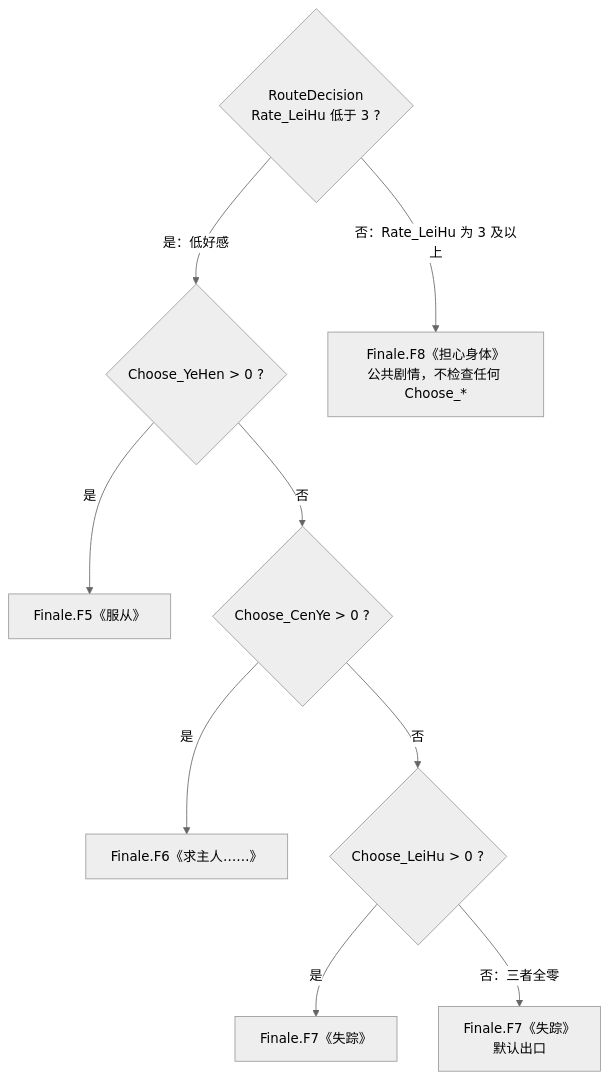
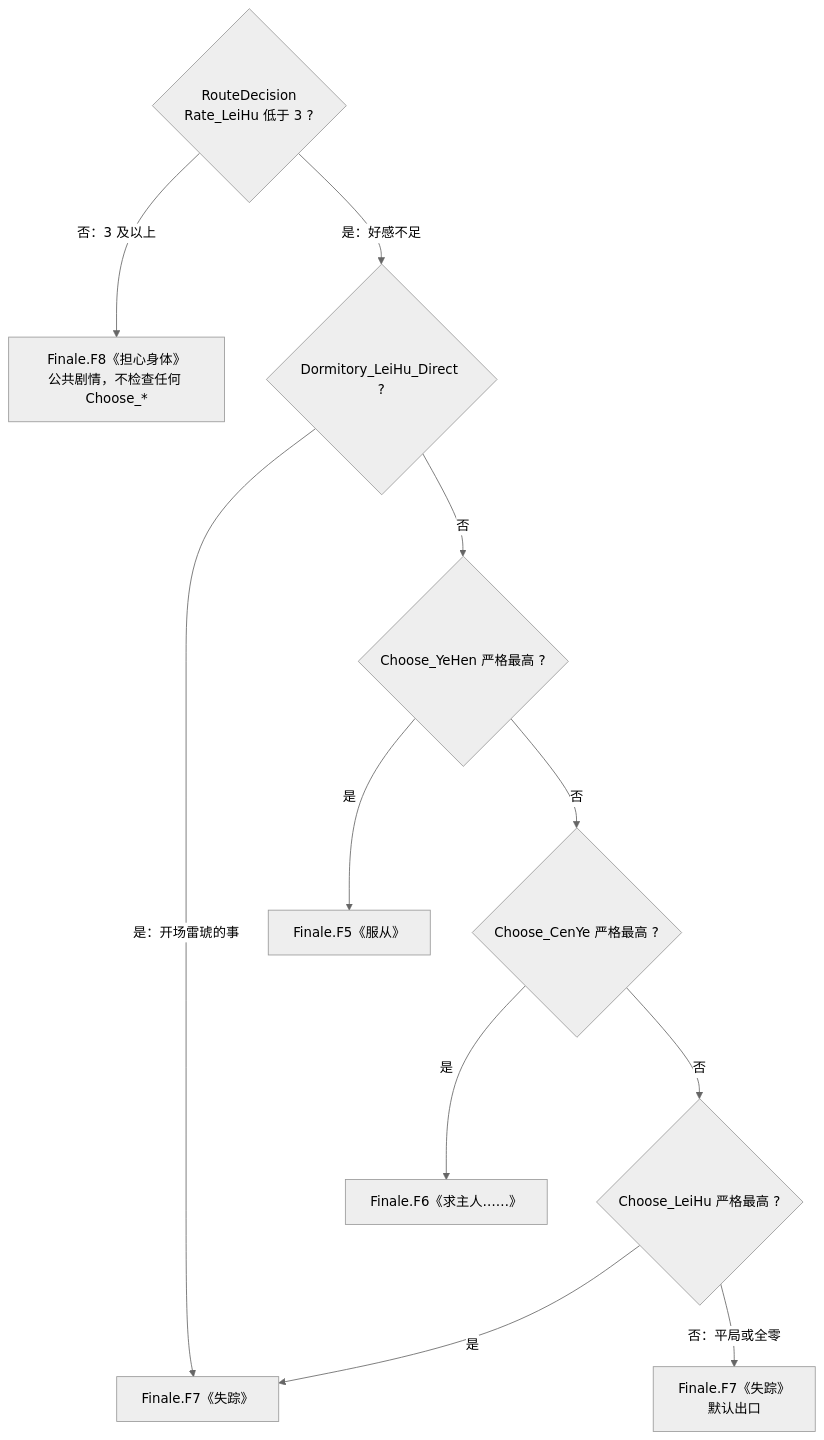
One commit to Project-Kurokawa-Logistics/kurokawa-logistics changed the fourth of 6 diagrams in Ink Projects/圣诞大攻略：雷琥/__Docs/STORY_FLOW_AND_ENDINGS.md. Above: the diagram before and after it, drawn with Mermaid (neutral theme). The commit also changed other lines of this file and 25 other files, not shown here.

````diff
--- a/Ink Projects/圣诞大攻略：雷琥/__Docs/STORY_FLOW_AND_ENDINGS.md
+++ b/Ink Projects/圣诞大攻略：雷琥/__Docs/STORY_FLOW_AND_ENDINGS.md
@@ -135,12 +138,14 @@
 ```mermaid
 flowchart TD
     RD{"RouteDecision<br/>Rate_LeiHu 低于 3 ?"}
-    RD -->|"是：低好感"| Y{"Choose_YeHen > 0 ?"}
+    RD -->|"否：3 及以上"| F8["Finale.F8《担心身体》<br/>公共剧情，不检查任何 Choose_*"]
+    RD -->|"是：好感不足"| DR{"Dormitory_LeiHu_Direct ?"}
+    DR -->|"是：开场雷琥的事"| F7["Finale.F7《失踪》"]
+    DR -->|"否"| Y{"Choose_YeHen 严格最高 ?"}
     Y -->|"是"| F5["Finale.F5《服从》"]
-    Y -->|"否"| C{"Choose_CenYe > 0 ?"}
+    Y -->|"否"| C{"Choose_CenYe 严格最高 ?"}
     C -->|"是"| F6["Finale.F6《求主人……》"]
-    C -->|"否"| L{"Choose_LeiHu > 0 ?"}
-    L -->|"是"| F7["Finale.F7《失踪》"]
-    L -->|"否：三者全零"| F7D["Finale.F7《失踪》<br/>默认出口"]
-    RD -->|"否：Rate_LeiHu 为 3 及以上"| F8["Finale.F8《担心身体》<br/>公共剧情，不检查任何 Choose_*"]
+    C -->|"否"| L{"Choose_LeiHu 严格最高 ?"}
+    L -->|"是"| F7
+    L -->|"否：平局或全零"| F7D["Finale.F7《失踪》<br/>默认出口"]
 ```
````
